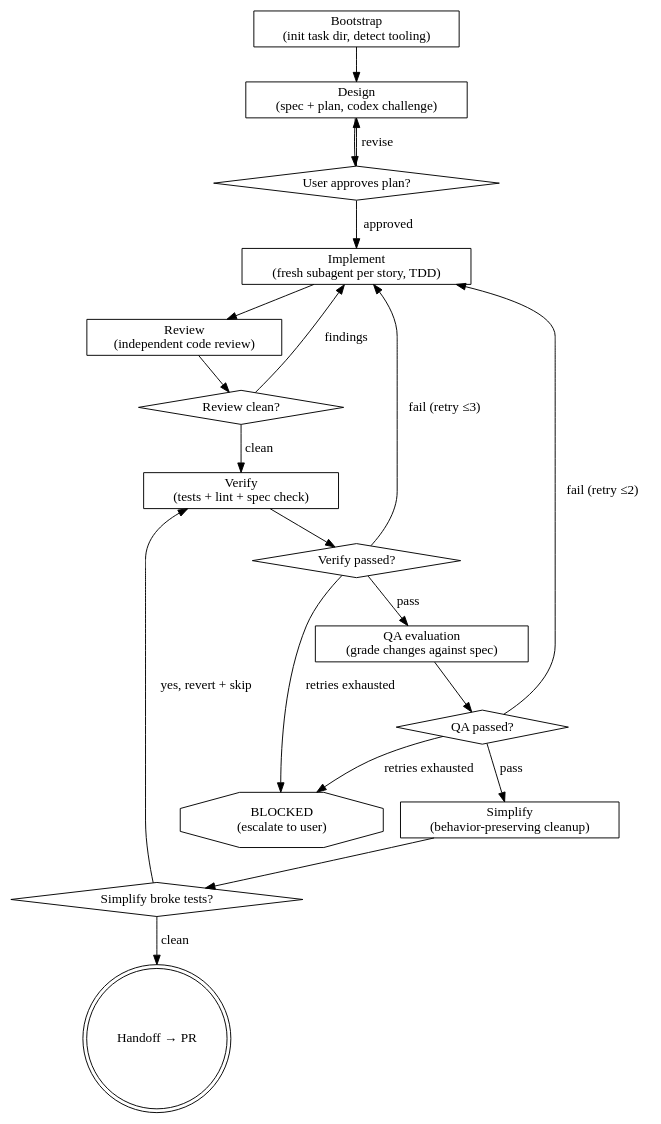
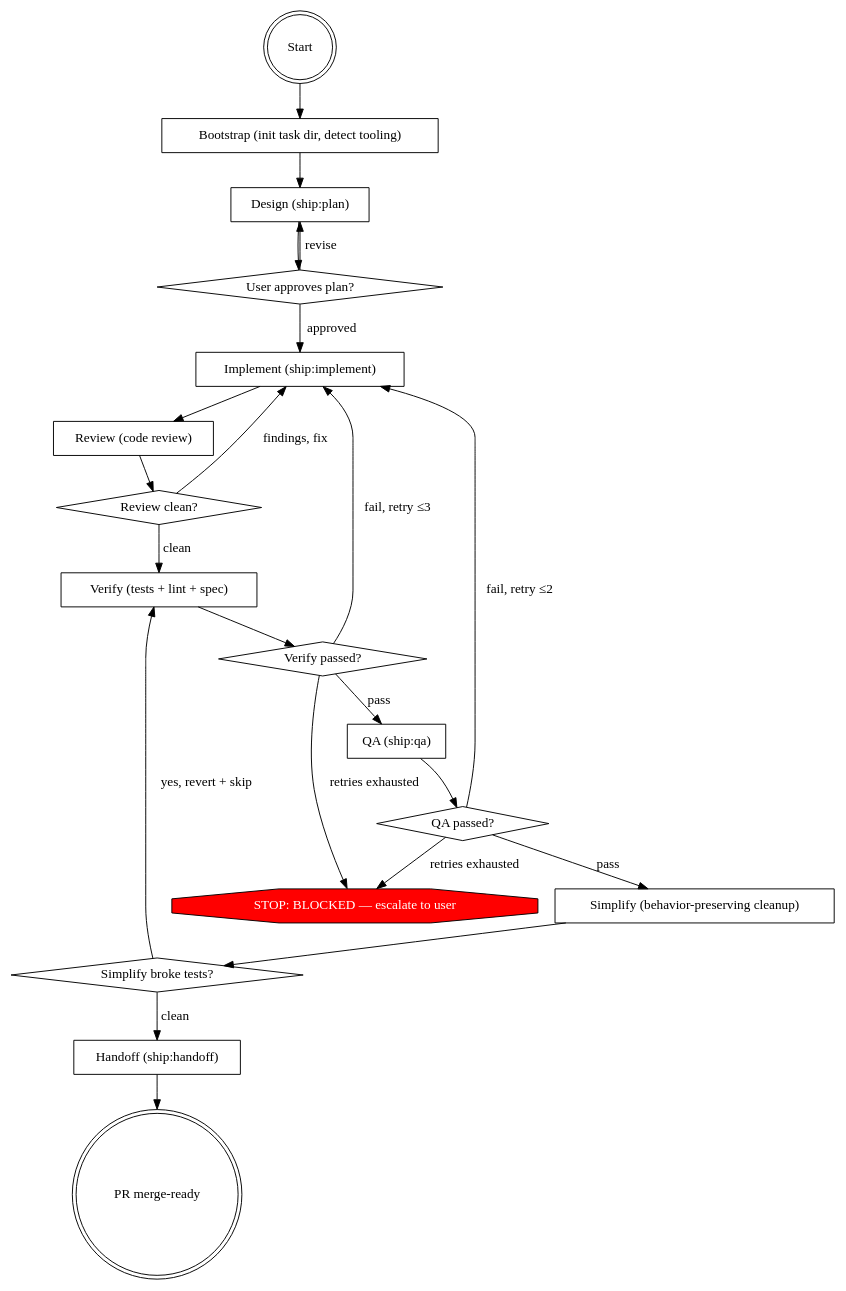
The diagram in skills/auto/SKILL.md (heliohq/ship), drawn with Graphviz before and after one commit. The commit also changed other lines of this file, not shown here.

````diff
--- a/skills/auto/SKILL.md
+++ b/skills/auto/SKILL.md
@@ -62,38 +52,44 @@
 ```dot
 digraph auto {
-    "Bootstrap\n(init task dir, detect tooling)" [shape=box];
-    "Design\n(spec + plan, codex challenge)" [shape=box];
+    rankdir=TB;
+
+    "Start" [shape=doublecircle];
+    "Bootstrap (init task dir, detect tooling)" [shape=box];
+    "Design (ship:plan)" [shape=box];
     "User approves plan?" [shape=diamond];
-    "Implement\n(fresh subagent per story, TDD)" [shape=box];
-    "Review\n(independent code review)" [shape=box];
+    "Implement (ship:implement)" [shape=box];
+    "Review (code review)" [shape=box];
     "Review clean?" [shape=diamond];
-    "Verify\n(tests + lint + spec check)" [shape=box];
+    "Verify (tests + lint + spec)" [shape=box];
     "Verify passed?" [shape=diamond];
-    "QA evaluation\n(grade changes against spec)" [shape=box];
+    "QA (ship:qa)" [shape=box];
     "QA passed?" [shape=diamond];
-    "Simplify\n(behavior-preserving cleanup)" [shape=box];
+    "Simplify (behavior-preserving cleanup)" [shape=box];
     "Simplify broke tests?" [shape=diamond];
-    "Handoff → PR" [shape=doublecircle];
-    "BLOCKED\n(escalate to user)" [shape=octagon];
+    "Handoff (ship:handoff)" [shape=box];
+    "PR merge-ready" [shape=doublecircle];
+    "STOP: BLOCKED — escalate to user" [shape=octagon, style=filled, fillcolor=red, fontcolor=white];
 
-    "Bootstrap\n(init task dir, detect tooling)" -> "Design\n(spec + plan, codex challenge)";
-    "Design\n(spec + plan, codex challenge)" -> "User approves plan?";
-    "User approves plan?" -> "Design\n(spec + plan, codex challenge)" [label="revise"];
-    "User approves plan?" -> "Implement\n(fresh subagent per story, TDD)" [label="approved"];
-    "Implement\n(fresh subagent per story, TDD)" -> "Review\n(independent code review)";
-    "Review\n(independent code review)" -> "Review clean?";
-    "Review clean?" -> "Implement\n(fresh subagent per story, TDD)" [label="findings"];
-    "Review clean?" -> "Verify\n(tests + lint + spec check)" [label="clean"];
-    "Verify\n(tests + lint + spec check)" -> "Verify passed?";
-    "Verify passed?" -> "Implement\n(fresh subagent per story, TDD)" [label="fail (retry ≤3)"];
-    "Verify passed?" -> "QA evaluation\n(grade changes against spec)" [label="pass"];
-    "Verify passed?" -> "BLOCKED\n(escalate to user)" [label="retries exhausted"];
-    "QA evaluation\n(grade changes against spec)" -> "QA passed?";
-    "QA passed?" -> "Implement\n(fresh subagent per story, TDD)" [label="fail (retry ≤2)"];
-    "QA passed?" -> "Simplify\n(behavior-preserving cleanup)" [label="pass"];
-    "QA passed?" -> "BLOCKED\n(escalate to user)" [label="retries exhausted"];
-    "Simplify\n(behavior-preserving cleanup)" -> "Simplify broke tests?";
-    "Simplify broke tests?" -> "Verify\n(tests + lint + spec check)" [label="yes, revert + skip"];
-    "Simplify broke tests?" -> "Handoff → PR" [label="clean"];
+    "Start" -> "Bootstrap (init task dir, detect tooling)";
+    "Bootstrap (init task dir, detect tooling)" -> "Design (ship:plan)";
+    "Design (ship:plan)" -> "User approves plan?";
+    "User approves plan?" -> "Design (ship:plan)" [label="revise"];
+    "User approves plan?" -> "Implement (ship:implement)" [label="approved"];
+    "Implement (ship:implement)" -> "Review (code review)";
+    "Review (code review)" -> "Review clean?";
+    "Review clean?" -> "Implement (ship:implement)" [label="findings, fix"];
+    "Review clean?" -> "Verify (tests + lint + spec)" [label="clean"];
+    "Verify (tests + lint + spec)" -> "Verify passed?";
+    "Verify passed?" -> "Implement (ship:implement)" [label="fail, retry ≤3"];
+    "Verify passed?" -> "QA (ship:qa)" [label="pass"];
+    "Verify passed?" -> "STOP: BLOCKED — escalate to user" [label="retries exhausted"];
+    "QA (ship:qa)" -> "QA passed?";
+    "QA passed?" -> "Implement (ship:implement)" [label="fail, retry ≤2"];
+    "QA passed?" -> "Simplify (behavior-preserving cleanup)" [label="pass"];
+    "QA passed?" -> "STOP: BLOCKED — escalate to user" [label="retries exhausted"];
+    "Simplify (behavior-preserving cleanup)" -> "Simplify broke tests?";
+    "Simplify broke tests?" -> "Verify (tests + lint + spec)" [label="yes, revert + skip"];
+    "Simplify broke tests?" -> "Handoff (ship:handoff)" [label="clean"];
+    "Handoff (ship:handoff)" -> "PR merge-ready";
 }
 ```
````
